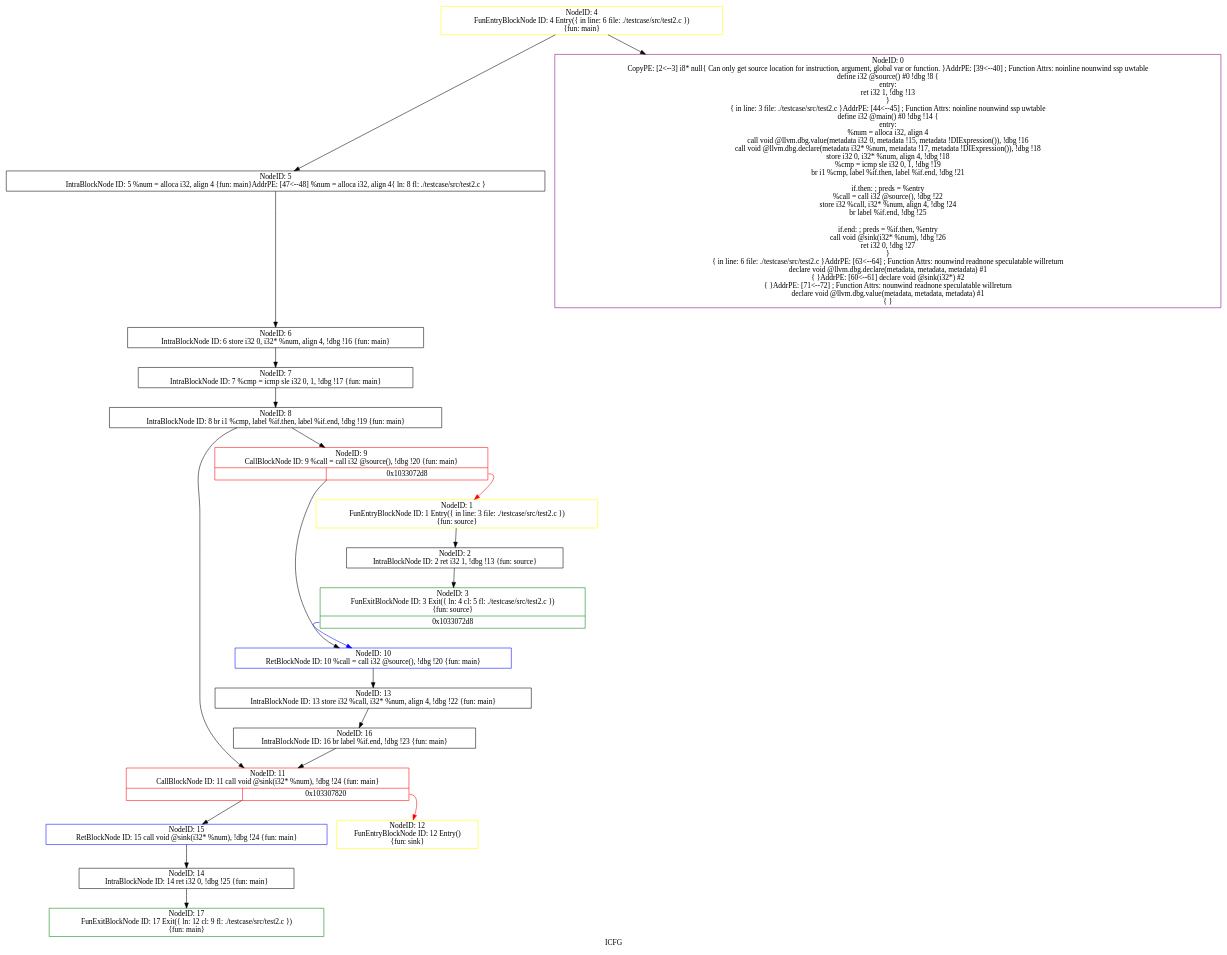
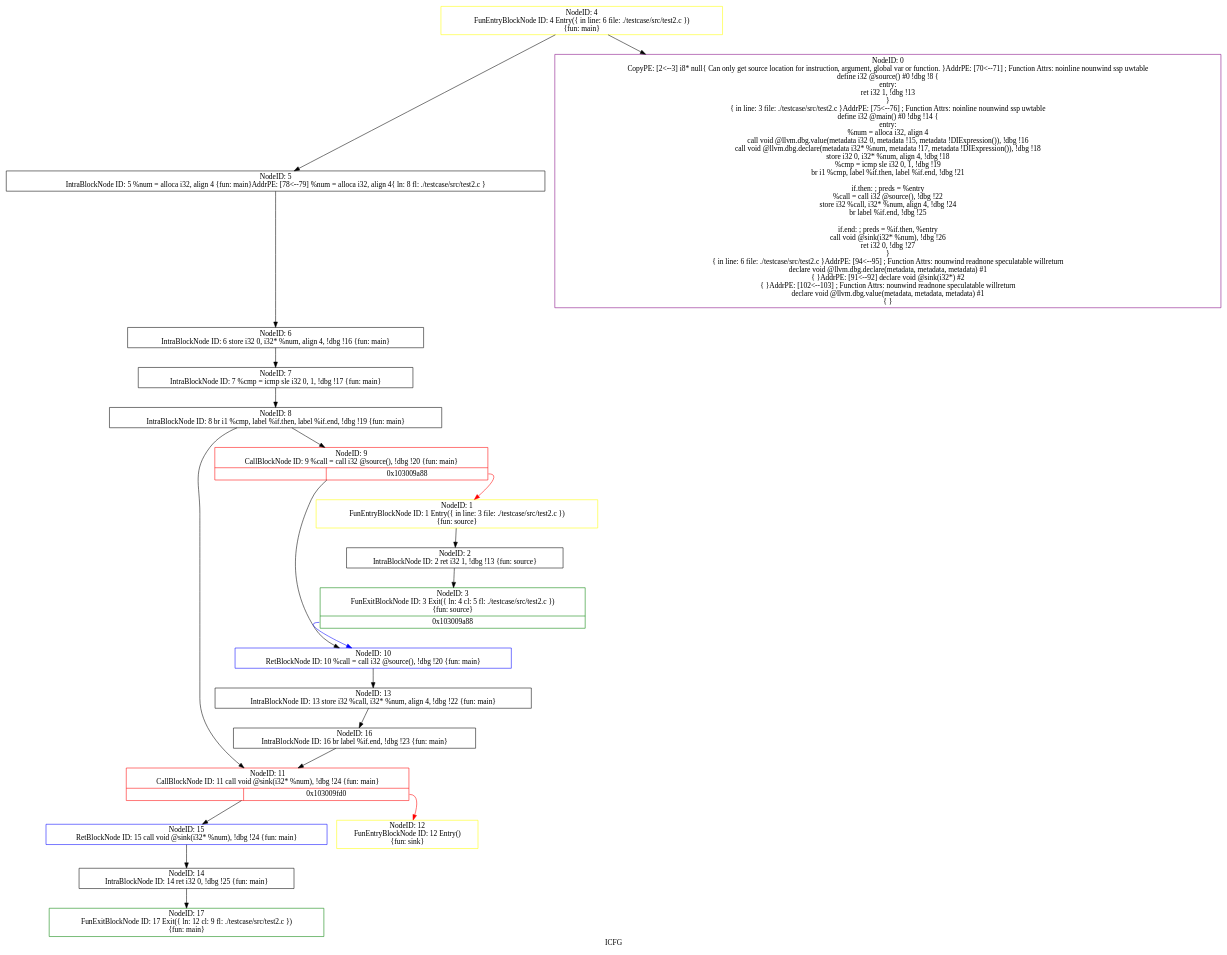
One commit to guanqin-123/SVF-example changed the diagram in testcase/bc/test2.c.ll.icfg.dot. Above: the diagram before and after it, drawn with Graphviz. The commit also changed 59 other files, not shown here.

```diff
--- a/testcase/bc/test2.c.ll.icfg.dot
+++ b/testcase/bc/test2.c.ll.icfg.dot
@@ -1,41 +1,41 @@
 digraph "ICFG" {
 	label="ICFG";
 
-	Node0x10330b2f0 [shape=record,color=green,label="{NodeID: 17\nFunExitBlockNode ID: 17 Exit(\{ ln: 12  cl: 9  fl: ./testcase/src/test2.c \})\n \{fun: main\}}"];
-	Node0x10330b170 [shape=record,color=black,label="{NodeID: 16\nIntraBlockNode ID: 16   br label %if.end, !dbg !23 \{fun: main\}}"];
-	Node0x10330b170 -> Node0x103307fb0[style=solid];
-	Node0x1033086e0 [shape=record,color=blue,label="{NodeID: 15\nRetBlockNode ID: 15   call void @sink(i32* %num), !dbg !24 \{fun: main\}}"];
-	Node0x1033086e0 -> Node0x103308610[style=solid];
-	Node0x103308610 [shape=record,color=black,label="{NodeID: 14\nIntraBlockNode ID: 14   ret i32 0, !dbg !25 \{fun: main\}}"];
-	Node0x103308610 -> Node0x10330b2f0[style=solid];
-	Node0x103308370 [shape=record,color=black,label="{NodeID: 13\nIntraBlockNode ID: 13   store i32 %call, i32* %num, align 4, !dbg !22 \{fun: main\}}"];
-	Node0x103308370 -> Node0x10330b170[style=solid];
-	Node0x103308160 [shape=record,color=yellow,label="{NodeID: 12\nFunEntryBlockNode ID: 12 Entry()\n \{fun: sink\}}"];
-	Node0x103307fb0 [shape=record,color=red,label="{NodeID: 11\nCallBlockNode ID: 11   call void @sink(i32* %num), !dbg !24 \{fun: main\}|{|<s1>0x103307820}}"];
-	Node0x103307fb0 -> Node0x1033086e0[style=solid];
-	Node0x103307fb0:s1 -> Node0x103308160[style=solid,color=red];
-	Node0x103307d90 [shape=record,color=blue,label="{NodeID: 10\nRetBlockNode ID: 10   %call = call i32 @source(), !dbg !20 \{fun: main\}}"];
-	Node0x103307d90 -> Node0x103308370[style=solid];
-	Node0x103305350 [shape=record,color=red,label="{NodeID: 9\nCallBlockNode ID: 9   %call = call i32 @source(), !dbg !20 \{fun: main\}|{|<s1>0x1033072d8}}"];
-	Node0x103305350 -> Node0x103307d90[style=solid];
-	Node0x103305350:s1 -> Node0x1033047f0[style=solid,color=red];
-	Node0x1033051d0 [shape=record,color=black,label="{NodeID: 8\nIntraBlockNode ID: 8   br i1 %cmp, label %if.then, label %if.end, !dbg !19 \{fun: main\}}"];
-	Node0x1033051d0 -> Node0x103305350[style=solid];
-	Node0x1033051d0 -> Node0x103307fb0[style=solid];
-	Node0x103305020 [shape=record,color=black,label="{NodeID: 7\nIntraBlockNode ID: 7   %cmp = icmp sle i32 0, 1, !dbg !17 \{fun: main\}}"];
-	Node0x103305020 -> Node0x1033051d0[style=solid];
-	Node0x103304e70 [shape=record,color=black,label="{NodeID: 6\nIntraBlockNode ID: 6   store i32 0, i32* %num, align 4, !dbg !16 \{fun: main\}}"];
-	Node0x103304e70 -> Node0x103305020[style=solid];
-	Node0x103304cc0 [shape=record,color=black,label="{NodeID: 5\nIntraBlockNode ID: 5   %num = alloca i32, align 4 \{fun: main\}AddrPE: [47\<--48]    %num = alloca i32, align 4\{ ln: 8 fl: ./testcase/src/test2.c \}}"];
-	Node0x103304cc0 -> Node0x103304e70[style=solid];
-	Node0x103304be0 [shape=record,color=yellow,label="{NodeID: 4\nFunEntryBlockNode ID: 4 Entry(\{ in line: 6 file: ./testcase/src/test2.c \})\n \{fun: main\}}"];
-	Node0x103304be0 -> Node0x10330a700[style=solid];
-	Node0x103304be0 -> Node0x103304cc0[style=solid];
-	Node0x103304a80 [shape=record,color=green,label="{NodeID: 3\nFunExitBlockNode ID: 3 Exit(\{ ln: 4  cl: 5  fl: ./testcase/src/test2.c \})\n \{fun: source\}|{<s0>0x1033072d8}}"];
-	Node0x103304a80:s0 -> Node0x103307d90[style=solid,color=blue];
-	Node0x1033048d0 [shape=record,color=black,label="{NodeID: 2\nIntraBlockNode ID: 2   ret i32 1, !dbg !13 \{fun: source\}}"];
-	Node0x1033048d0 -> Node0x103304a80[style=solid];
-	Node0x1033047f0 [shape=record,color=yellow,label="{NodeID: 1\nFunEntryBlockNode ID: 1 Entry(\{ in line: 3 file: ./testcase/src/test2.c \})\n \{fun: source\}}"];
-	Node0x1033047f0 -> Node0x1033048d0[style=solid];
-	Node0x10330a700 [shape=record,color=purple,label="{NodeID: 0\nCopyPE: [2\<--3]  i8* null\{ Can only get source location for instruction, argument, global var or function. \}AddrPE: [39\<--40]  ; Function Attrs: noinline nounwind ssp uwtable\ndefine i32 @source() #0 !dbg !8 \{\nentry:\n  ret i32 1, !dbg !13\n\}\n\{ in line: 3 file: ./testcase/src/test2.c \}AddrPE: [44\<--45]  ; Function Attrs: noinline nounwind ssp uwtable\ndefine i32 @main() #0 !dbg !14 \{\nentry:\n  %num = alloca i32, align 4\n  call void @llvm.dbg.value(metadata i32 0, metadata !15, metadata !DIExpression()), !dbg !16\n  call void @llvm.dbg.declare(metadata i32* %num, metadata !17, metadata !DIExpression()), !dbg !18\n  store i32 0, i32* %num, align 4, !dbg !18\n  %cmp = icmp sle i32 0, 1, !dbg !19\n  br i1 %cmp, label %if.then, label %if.end, !dbg !21\n\nif.then:                                          ; preds = %entry\n  %call = call i32 @source(), !dbg !22\n  store i32 %call, i32* %num, align 4, !dbg !24\n  br label %if.end, !dbg !25\n\nif.end:                                           ; preds = %if.then, %entry\n  call void @sink(i32* %num), !dbg !26\n  ret i32 0, !dbg !27\n\}\n\{ in line: 6 file: ./testcase/src/test2.c \}AddrPE: [63\<--64]  ; Function Attrs: nounwind readnone speculatable willreturn\ndeclare void @llvm.dbg.declare(metadata, metadata, metadata) #1\n\{  \}AddrPE: [60\<--61]  declare void @sink(i32*) #2\n\{  \}AddrPE: [71\<--72]  ; Function Attrs: nounwind readnone speculatable willreturn\ndeclare void @llvm.dbg.value(metadata, metadata, metadata) #1\n\{  \}}"];
+	Node0x10300da90 [shape=record,color=green,label="{NodeID: 17\nFunExitBlockNode ID: 17 Exit(\{ ln: 12  cl: 9  fl: ./testcase/src/test2.c \})\n \{fun: main\}}"];
+	Node0x10300d910 [shape=record,color=black,label="{NodeID: 16\nIntraBlockNode ID: 16   br label %if.end, !dbg !23 \{fun: main\}}"];
+	Node0x10300d910 -> Node0x10300a700[style=solid];
+	Node0x10300ae30 [shape=record,color=blue,label="{NodeID: 15\nRetBlockNode ID: 15   call void @sink(i32* %num), !dbg !24 \{fun: main\}}"];
+	Node0x10300ae30 -> Node0x10300ad60[style=solid];
+	Node0x10300ad60 [shape=record,color=black,label="{NodeID: 14\nIntraBlockNode ID: 14   ret i32 0, !dbg !25 \{fun: main\}}"];
+	Node0x10300ad60 -> Node0x10300da90[style=solid];
+	Node0x10300aac0 [shape=record,color=black,label="{NodeID: 13\nIntraBlockNode ID: 13   store i32 %call, i32* %num, align 4, !dbg !22 \{fun: main\}}"];
+	Node0x10300aac0 -> Node0x10300d910[style=solid];
+	Node0x10300a8b0 [shape=record,color=yellow,label="{NodeID: 12\nFunEntryBlockNode ID: 12 Entry()\n \{fun: sink\}}"];
+	Node0x10300a700 [shape=record,color=red,label="{NodeID: 11\nCallBlockNode ID: 11   call void @sink(i32* %num), !dbg !24 \{fun: main\}|{|<s1>0x103009fd0}}"];
+	Node0x10300a700 -> Node0x10300ae30[style=solid];
+	Node0x10300a700:s1 -> Node0x10300a8b0[style=solid,color=red];
+	Node0x10300a4e0 [shape=record,color=blue,label="{NodeID: 10\nRetBlockNode ID: 10   %call = call i32 @source(), !dbg !20 \{fun: main\}}"];
+	Node0x10300a4e0 -> Node0x10300aac0[style=solid];
+	Node0x103007a90 [shape=record,color=red,label="{NodeID: 9\nCallBlockNode ID: 9   %call = call i32 @source(), !dbg !20 \{fun: main\}|{|<s1>0x103009a88}}"];
+	Node0x103007a90 -> Node0x10300a4e0[style=solid];
+	Node0x103007a90:s1 -> Node0x10300cf10[style=solid,color=red];
+	Node0x103007910 [shape=record,color=black,label="{NodeID: 8\nIntraBlockNode ID: 8   br i1 %cmp, label %if.then, label %if.end, !dbg !19 \{fun: main\}}"];
+	Node0x103007910 -> Node0x103007a90[style=solid];
+	Node0x103007910 -> Node0x10300a700[style=solid];
+	Node0x103007760 [shape=record,color=black,label="{NodeID: 7\nIntraBlockNode ID: 7   %cmp = icmp sle i32 0, 1, !dbg !17 \{fun: main\}}"];
+	Node0x103007760 -> Node0x103007910[style=solid];
+	Node0x1030075b0 [shape=record,color=black,label="{NodeID: 6\nIntraBlockNode ID: 6   store i32 0, i32* %num, align 4, !dbg !16 \{fun: main\}}"];
+	Node0x1030075b0 -> Node0x103007760[style=solid];
+	Node0x103007400 [shape=record,color=black,label="{NodeID: 5\nIntraBlockNode ID: 5   %num = alloca i32, align 4 \{fun: main\}AddrPE: [78\<--79]    %num = alloca i32, align 4\{ ln: 8 fl: ./testcase/src/test2.c \}}"];
+	Node0x103007400 -> Node0x1030075b0[style=solid];
+	Node0x103007320 [shape=record,color=yellow,label="{NodeID: 4\nFunEntryBlockNode ID: 4 Entry(\{ in line: 6 file: ./testcase/src/test2.c \})\n \{fun: main\}}"];
+	Node0x103007320 -> Node0x10300ce90[style=solid];
+	Node0x103007320 -> Node0x103007400[style=solid];
+	Node0x103007100 [shape=record,color=green,label="{NodeID: 3\nFunExitBlockNode ID: 3 Exit(\{ ln: 4  cl: 5  fl: ./testcase/src/test2.c \})\n \{fun: source\}|{<s0>0x103009a88}}"];
+	Node0x103007100:s0 -> Node0x10300a4e0[style=solid,color=blue];
+	Node0x103006f50 [shape=record,color=black,label="{NodeID: 2\nIntraBlockNode ID: 2   ret i32 1, !dbg !13 \{fun: source\}}"];
+	Node0x103006f50 -> Node0x103007100[style=solid];
+	Node0x10300cf10 [shape=record,color=yellow,label="{NodeID: 1\nFunEntryBlockNode ID: 1 Entry(\{ in line: 3 file: ./testcase/src/test2.c \})\n \{fun: source\}}"];
+	Node0x10300cf10 -> Node0x103006f50[style=solid];
+	Node0x10300ce90 [shape=record,color=purple,label="{NodeID: 0\nCopyPE: [2\<--3]  i8* null\{ Can only get source location for instruction, argument, global var or function. \}AddrPE: [70\<--71]  ; Function Attrs: noinline nounwind ssp uwtable\ndefine i32 @source() #0 !dbg !8 \{\nentry:\n  ret i32 1, !dbg !13\n\}\n\{ in line: 3 file: ./testcase/src/test2.c \}AddrPE: [75\<--76]  ; Function Attrs: noinline nounwind ssp uwtable\ndefine i32 @main() #0 !dbg !14 \{\nentry:\n  %num = alloca i32, align 4\n  call void @llvm.dbg.value(metadata i32 0, metadata !15, metadata !DIExpression()), !dbg !16\n  call void @llvm.dbg.declare(metadata i32* %num, metadata !17, metadata !DIExpression()), !dbg !18\n  store i32 0, i32* %num, align 4, !dbg !18\n  %cmp = icmp sle i32 0, 1, !dbg !19\n  br i1 %cmp, label %if.then, label %if.end, !dbg !21\n\nif.then:                                          ; preds = %entry\n  %call = call i32 @source(), !dbg !22\n  store i32 %call, i32* %num, align 4, !dbg !24\n  br label %if.end, !dbg !25\n\nif.end:                                           ; preds = %if.then, %entry\n  call void @sink(i32* %num), !dbg !26\n  ret i32 0, !dbg !27\n\}\n\{ in line: 6 file: ./testcase/src/test2.c \}AddrPE: [94\<--95]  ; Function Attrs: nounwind readnone speculatable willreturn\ndeclare void @llvm.dbg.declare(metadata, metadata, metadata) #1\n\{  \}AddrPE: [91\<--92]  declare void @sink(i32*) #2\n\{  \}AddrPE: [102\<--103]  ; Function Attrs: nounwind readnone speculatable willreturn\ndeclare void @llvm.dbg.value(metadata, metadata, metadata) #1\n\{  \}}"];
 }
```
